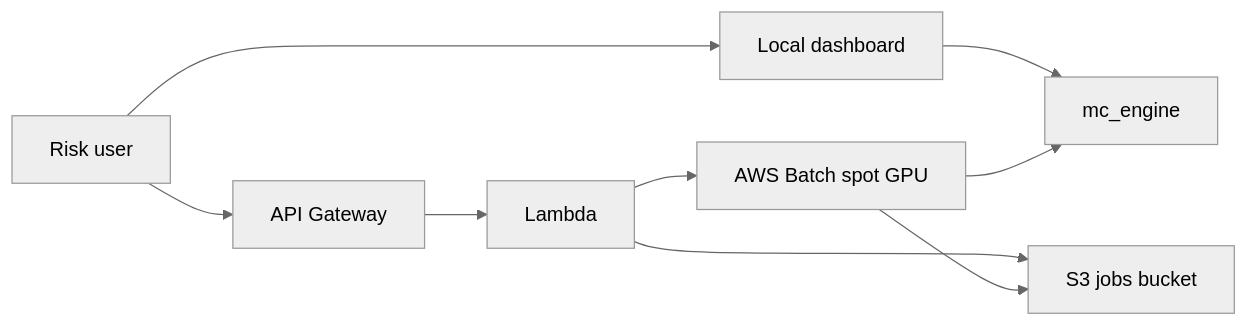
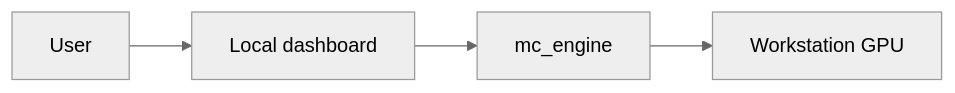
One commit to false200/HPC-CUDA-AWS changed the first of 2 diagrams in architecture.md. Above: the diagram before and after it, drawn with Mermaid (neutral theme). The commit also changed other lines of this file and 1 other file, not shown here.

````diff
--- a/architecture.md
+++ b/architecture.md
@@ -17,19 +28,11 @@
 ```mermaid
 flowchart LR
-  user[Risk user]
+  user[User]
   desk[Local dashboard]
-  api[API Gateway]
-  lambda[Lambda]
-  s3[S3 jobs bucket]
-  batch[AWS Batch spot GPU]
   engine[mc_engine]
+  gpu[Workstation GPU]
 
   user --> desk
   desk --> engine
-  user --> api
-  api --> lambda
-  lambda --> s3
-  lambda --> batch
-  batch --> s3
-  batch --> engine
+  engine --> gpu
 ```
````
